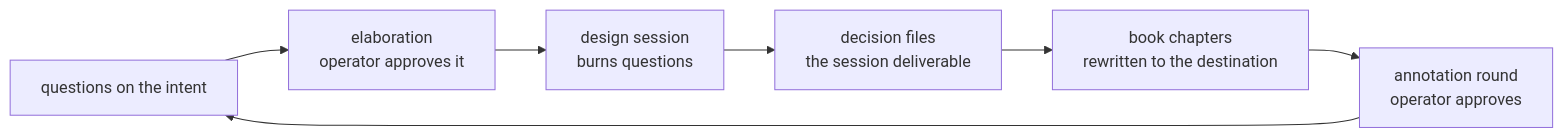
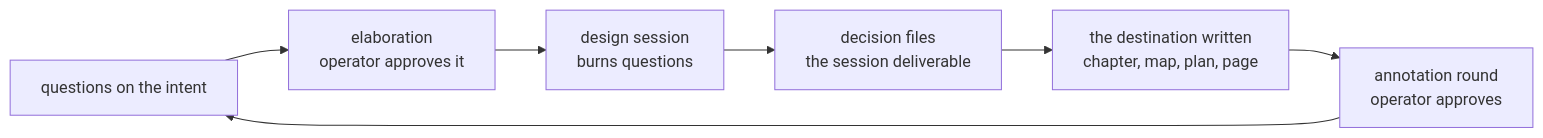
One commit to agentplot/blueprints changed the diagram in books/flywheel/src/design-loop.md. Above: the diagram before and after it, drawn with Mermaid. The commit also changed other lines of this file and 4 other files, not shown here.

First line of the commit message:
book(flywheel): the close writes the destination; rounds get numbers

````diff
--- a/books/flywheel/src/design-loop.md
+++ b/books/flywheel/src/design-loop.md
@@ -34,9 +34,9 @@
 ```mermaid
 flowchart LR
     q["questions on the intent"] --> batch["elaboration<br/>operator approves it"]
     batch --> sess["design session<br/>burns questions"]
     sess --> dec["decision files<br/>the session deliverable"]
-    dec --> synth["book chapters<br/>rewritten to the destination"]
+    dec --> synth["the destination written<br/>chapter, map, plan, page"]
     synth --> round["annotation round<br/>operator approves"]
     round --> q
 ```
````
